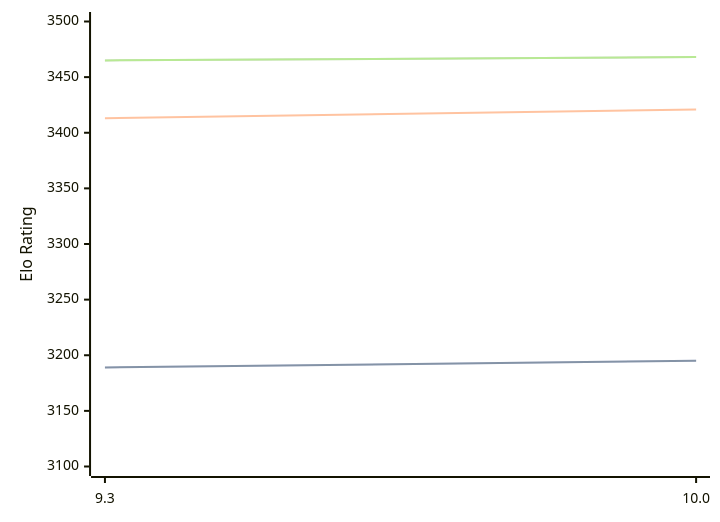
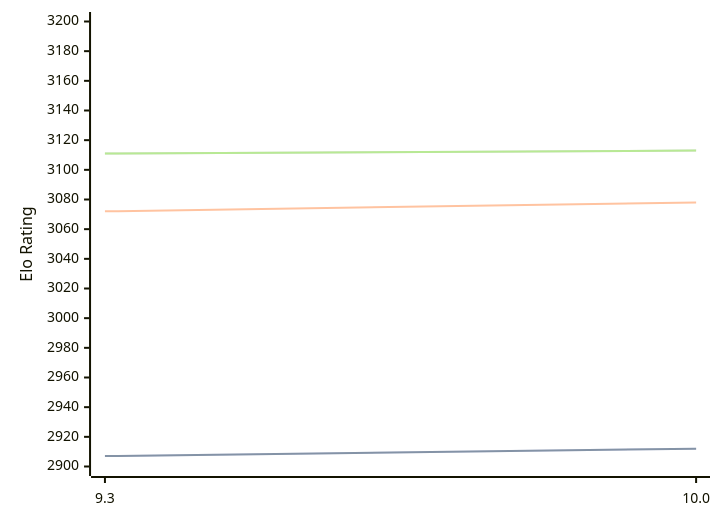
One commit to computer-chess-index/cci changed the diagram in engines/Fire.md. Above: the diagram before and after it, drawn with Mermaid. The commit also changed other lines of this file, not shown here.

Commit message:
Update CCI Ratings (ELO VLTC) - 2026-02-23

````diff
--- a/engines/Fire.md
+++ b/engines/Fire.md
@@ -44,11 +44,11 @@
 ```mermaid
 %%{init: {"theme":"base","themeVariables":{"seriesColors:['#a3a3a3','#222221','#faa371']}}}%%
 xychart-beta
   x-axis ["9.3", "10.0"]
-  y-axis "Elo Rating" 3100 --> 3500
-  line "STC (8.0+0.08s)" [3189, 3195]
-  line "STC (8.0+0.08s)" [3189, 3195]
-  line "LTC (60.0+0.60s)" [3413, 3421]
-  line "VLTC (2m24s+1.12s)" [3465, 3468]
-  line "VLTC (2m24s+1.12s)" [3465, 3468]
+  y-axis "Elo Rating" 2900 --> 3200
+  line "STC (8.0+0.08s)" [2907, 2912]
+  line "STC (8.0+0.08s)" [2907, 2912]
+  line "LTC (60.0+0.60s)" [3072, 3078]
+  line "VLTC (2m24s+1.12s)" [3111, 3113]
+  line "VLTC (2m24s+1.12s)" [3111, 3113]
 ```
````
